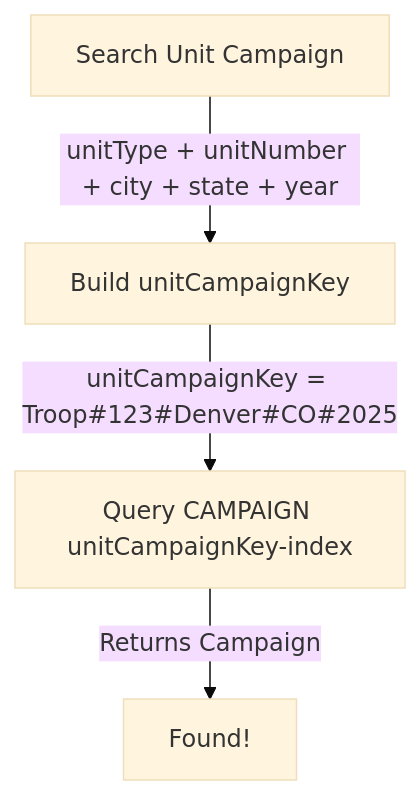
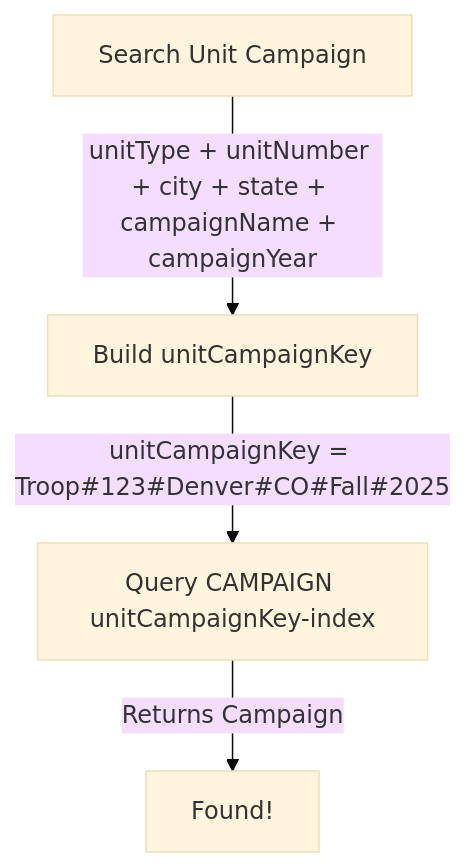
Before and after one commit to dmeiser/kernelworx: the fifth of 13 diagrams in docs/SCHEMA.md, drawn with Mermaid (base theme). The commit also changed 2 other files, not shown here.

Commit message:
fix(appsync): recompute unitCampaignKey when any component changes (#184)
* fix(appsync): recompute unitCampaignKey when any of its components change (Closes #135)

The unitCampaignKey is derived from unitType#unitNumber#city#state#campaignName#campaignYear.
Previously it was only recomputed when campaignName changed. Any future
schema change that exposes the other components (issue #104 will make
unitType, unitNumber, city, state, and campaignYear editable) would leave
the GSI key stale, breaking unit report and catalog queries that index
on it.

Now both the request() and response() resolvers check every component
and recompute the key against the post-update values whenever any of
them changes. Existing behavior is preserved: no key is recomputed
when no unit context is on the campaign or when none of the components
are touched. Adds three focused unit tests covering unitNumber, city,
and unitType changes.

* no-mistakes(review): Persist unitCampaignKey component fields in update resolver

* no-mistakes(review): Persist campaignYear unconditionally in update resolver

* no-mistakes(document): Fix schema diagram and verify spelling/syntax

````diff
--- a/docs/SCHEMA.md
+++ b/docs/SCHEMA.md
@@ -208,6 +208,6 @@
 ```mermaid
 flowchart TD
-    A["Search Unit Campaign"] -->|unitType + unitNumber + city + state + year| B["Build unitCampaignKey"]
-    B -->|unitCampaignKey = Troop#123#Denver#CO#2025| C["Query CAMPAIGN unitCampaignKey-index"]
+    A["Search Unit Campaign"] -->|unitType + unitNumber + city + state + campaignName + campaignYear| B["Build unitCampaignKey"]
+    B -->|unitCampaignKey = Troop#123#Denver#CO#Fall#2025| C["Query CAMPAIGN unitCampaignKey-index"]
     C -->|Returns Campaign| D["Found!"]
 ```
````
